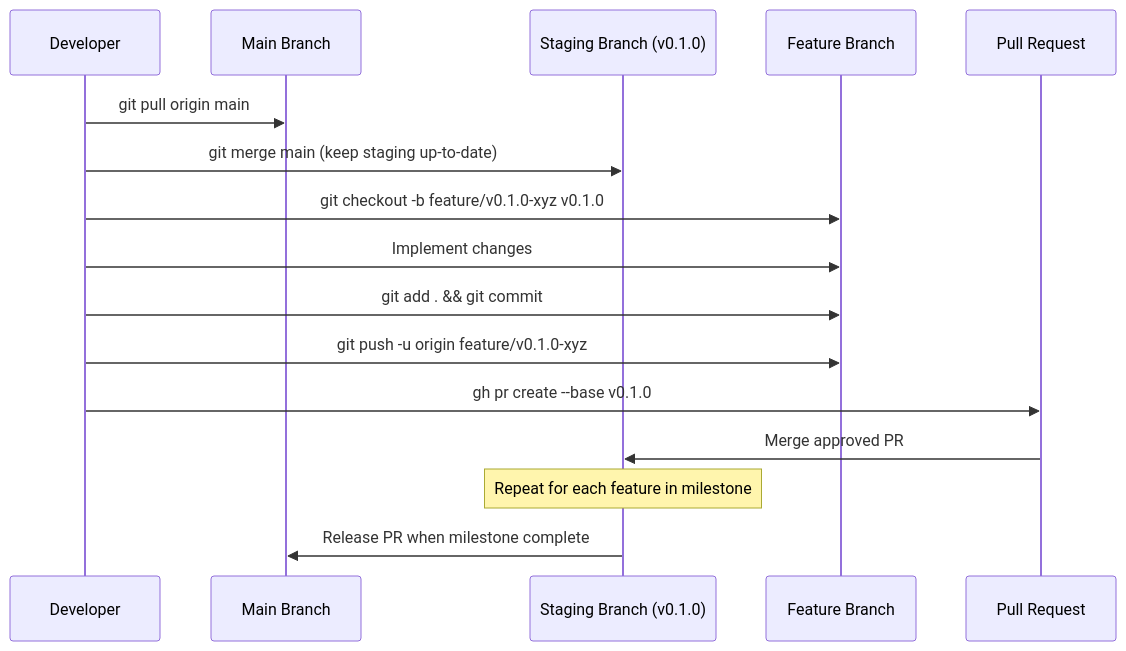
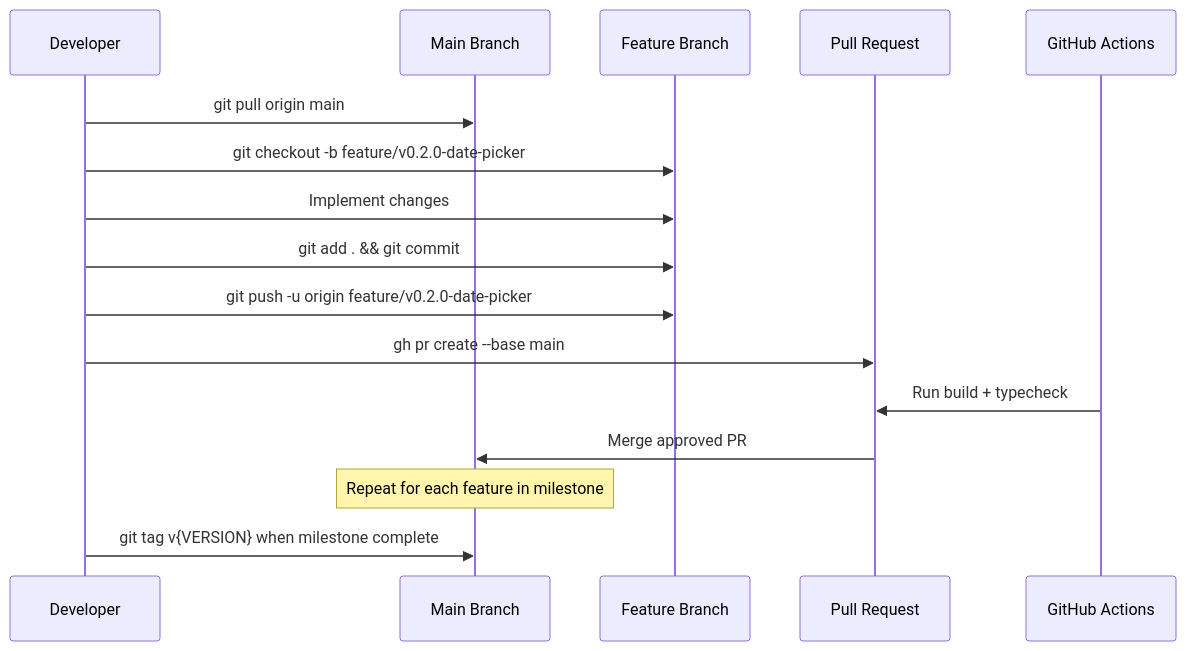
The third of 4 diagrams in docs/roadmap.md (WianVDM/schema-framework), drawn with Mermaid before and after one commit. The commit also changed other lines of this file and 7 other files, not shown here.

First line of the commit message:
refactor: migrate from staging branches to versioned GitHub Flow

````diff
--- a/docs/roadmap.md
+++ b/docs/roadmap.md
@@ -504,19 +495,19 @@
 ```mermaid
 sequenceDiagram
     participant Dev as Developer
     participant Main as Main Branch
-    participant Staging as Staging Branch (v0.1.0)
     participant Feature as Feature Branch
     participant PR as Pull Request
+    participant CI as GitHub Actions
 
     Dev->>Main: git pull origin main
-    Dev->>Staging: git merge main (keep staging up-to-date)
-    Dev->>Feature: git checkout -b feature/v0.1.0-xyz v0.1.0
+    Dev->>Feature: git checkout -b feature/v0.2.0-date-picker
     Dev->>Feature: Implement changes
     Dev->>Feature: git add . && git commit
-    Dev->>Feature: git push -u origin feature/v0.1.0-xyz
-    Dev->>PR: gh pr create --base v0.1.0
-    PR->>Staging: Merge approved PR
-    Note over Staging: Repeat for each feature in milestone
-    Staging->>Main: Release PR when milestone complete
+    Dev->>Feature: git push -u origin feature/v0.2.0-date-picker
+    Dev->>PR: gh pr create --base main
+    CI->>PR: Run build + typecheck
+    PR->>Main: Merge approved PR
+    Note over Main: Repeat for each feature in milestone
+    Dev->>Main: git tag v{VERSION} when milestone complete
 ```
````
